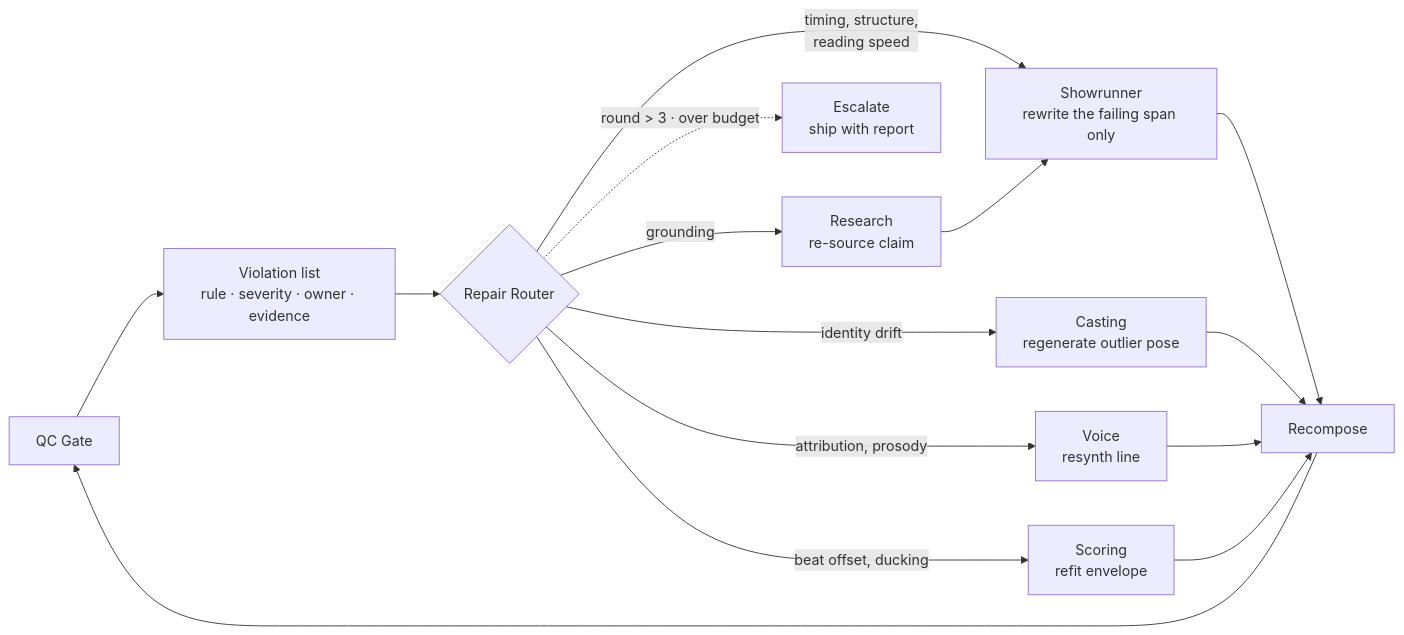
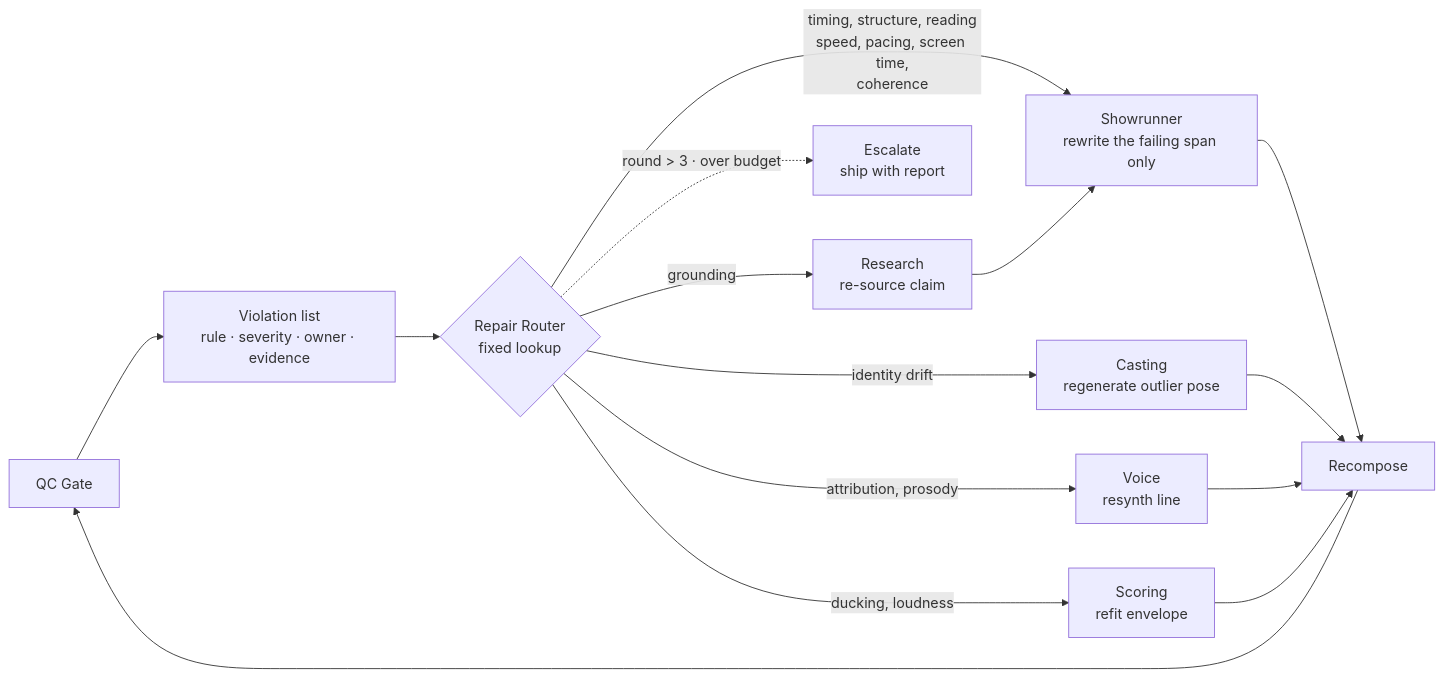
One commit to ypatodkar/real-agent changed the second of 4 diagrams in ARCHITECTURE.md. Above: the diagram before and after it, drawn with Mermaid. The commit also changed other lines of this file, not shown here.

First line of the commit message:
Consolidate all design docs into one ARCHITECTURE.md

````diff
--- a/ARCHITECTURE.md
+++ b/ARCHITECTURE.md
@@ -159,17 +609,17 @@
 ```mermaid
 flowchart LR
     QC["QC Gate"] --> V["Violation list<br/>rule · severity · owner · evidence"]
-    V --> RR{"Repair Router"}
-    RR -- "timing, structure,<br/>reading speed" --> SH["Showrunner<br/>rewrite the failing span only"]
+    V --> RR{"Repair Router<br/>fixed lookup"}
+    RR -- "timing, structure, reading<br/>speed, pacing, screen time,<br/>coherence" --> SH["Showrunner<br/>rewrite the failing span only"]
     RR -- "identity drift" --> CA["Casting<br/>regenerate outlier pose"]
     RR -- "attribution, prosody" --> VO["Voice<br/>resynth line"]
-    RR -- "beat offset, ducking" --> SC["Scoring<br/>refit envelope"]
+    RR -- "ducking, loudness" --> SC["Scoring<br/>refit envelope"]
     RR -- "grounding" --> RE["Research<br/>re-source claim"]
     SH --> RC["Recompose"]
     CA --> RC
     VO --> RC
     SC --> RC
     RE --> SH
     RC --> QC
     RR -. "round > 3 · over budget" .-> ESC["Escalate<br/>ship with report"]
 ```
````
